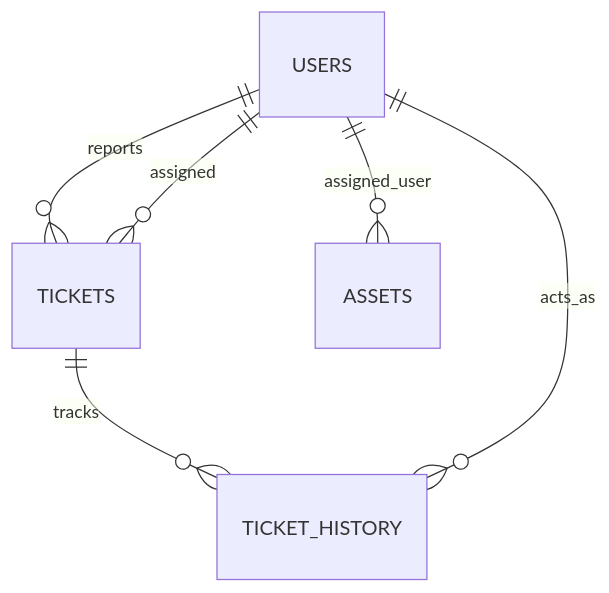
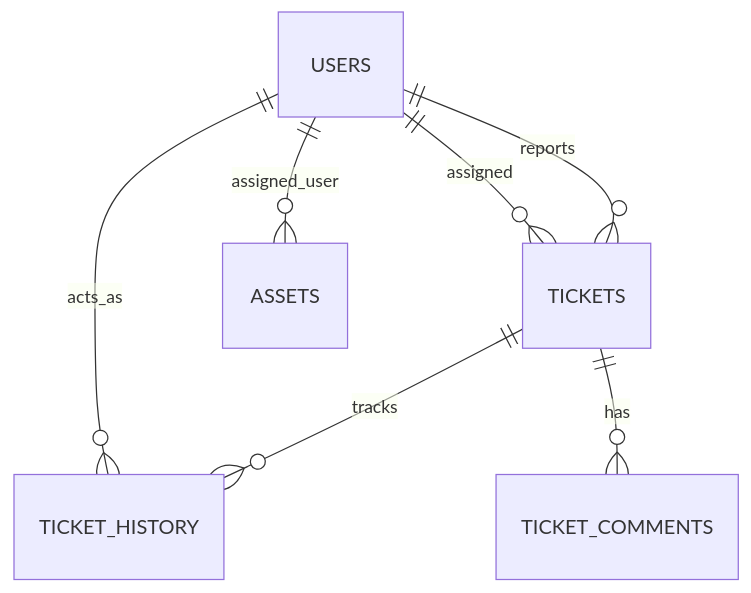
The diagram in README.md (KhangTran69/it-help-desk), drawn with Mermaid before and after one commit. The commit also changed other lines of this file and 43 other files, not shown here.

````diff
--- a/README.md
+++ b/README.md
@@ -71,8 +73,9 @@
 ```mermaid
 erDiagram
  USERS ||--o{ TICKETS : reports
  USERS ||--o{ TICKETS : assigned
  USERS ||--o{ ASSETS : assigned_user
  TICKETS ||--o{ TICKET_HISTORY : tracks
+ TICKETS ||--o{ TICKET_COMMENTS : has
  USERS ||--o{ TICKET_HISTORY : acts_as
 ```
````
